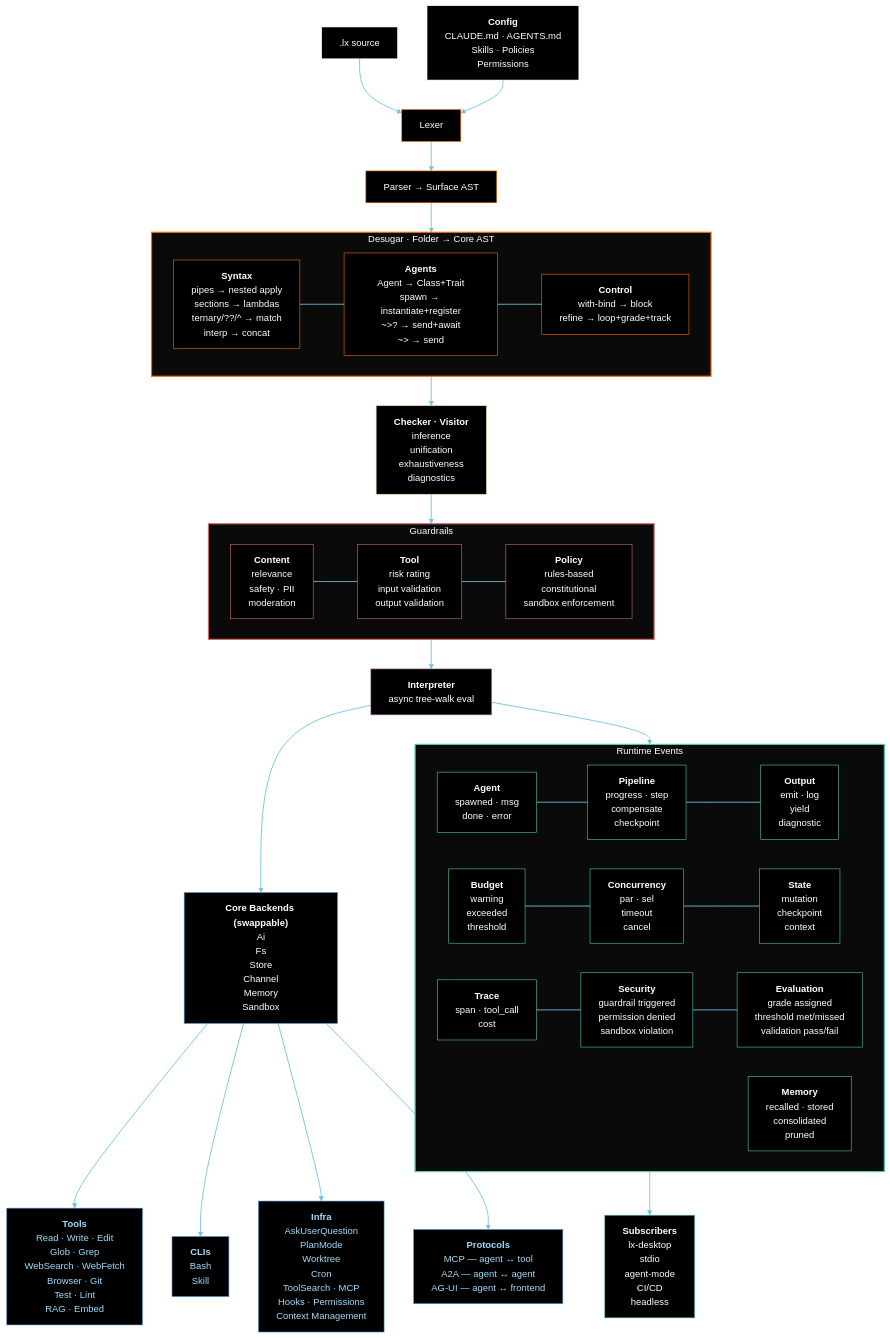
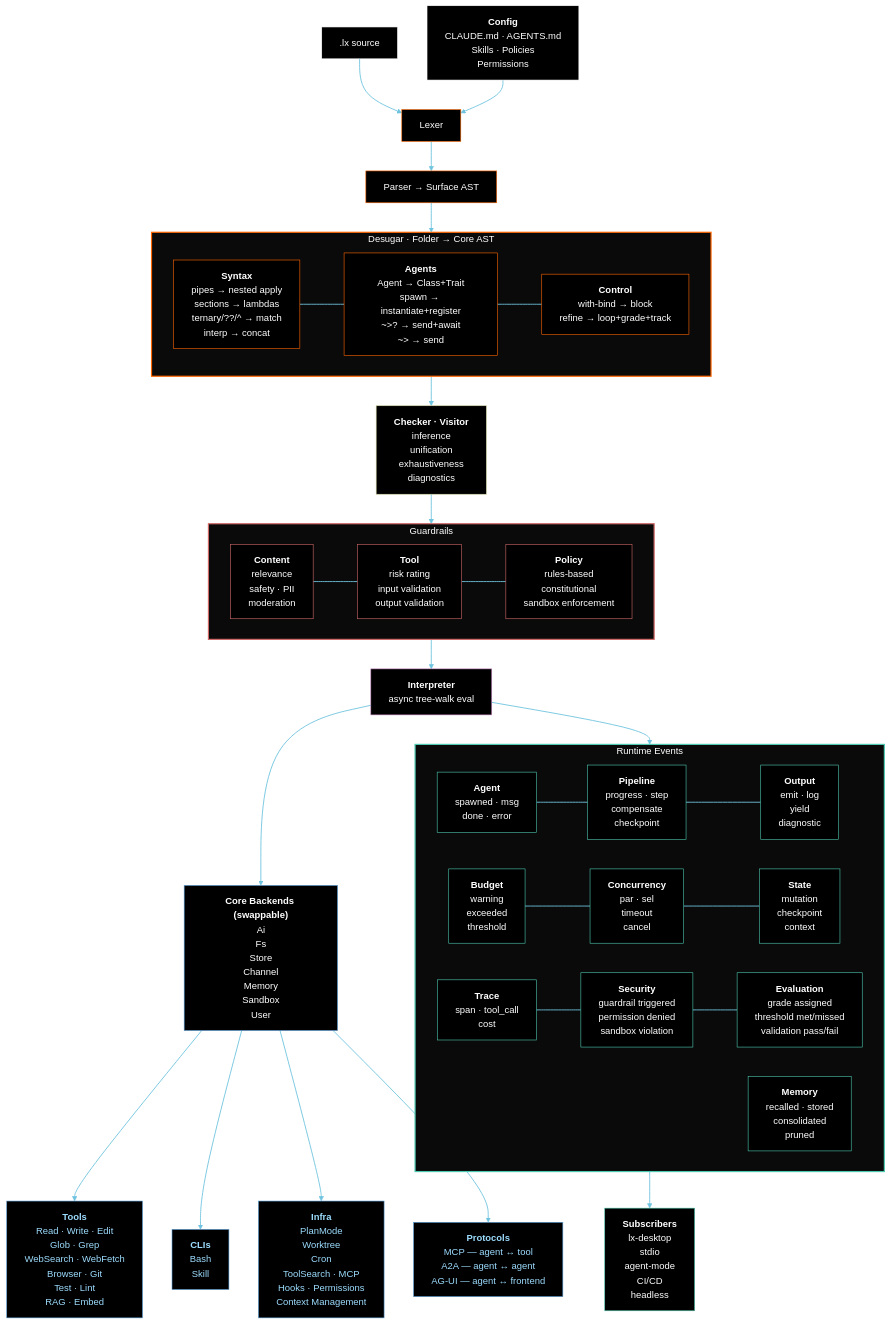
Before and after one commit to Distortedlogic/lx: the diagram in DIAGRAM.mmd, drawn with Mermaid. The commit also changed 26 other files, not shown here.

Commit message:
Update Cargo.toml, DIAGRAM.mmd, DIAGRAM.png, and 24 more files

```diff
--- a/DIAGRAM.mmd
+++ b/DIAGRAM.mmd
@@ -1,155 +1,155 @@
 graph TD
     source[".lx source"]:::white
     config["`**Config**
 CLAUDE.md · AGENTS.md
 Skills · Policies
 Permissions`"]:::white
     source --> lexer["Lexer"]:::orange
     config --> lexer
     lexer --> parser["Parser → Surface AST"]:::orange
     parser --> desugars
 
     subgraph desugars ["Desugar · Folder → Core AST"]
         direction LR
         ds_syntax["`**Syntax**
 pipes → nested apply
 sections → lambdas
 ternary/??/^ → match
 interp → concat`"]:::orange
         ds_agents["`**Agents**
 Agent → Class+Trait
 spawn → instantiate+register
 ~>? → send+await
 ~> → send`"]:::orange
         ds_control["`**Control**
 with-bind → block
 refine → loop+grade+track`"]:::orange
         ds_syntax ~~~ ds_agents ~~~ ds_control
     end
 
     desugars --> checker["`**Checker · Visitor**
 inference
 unification
 exhaustiveness
 diagnostics`"]:::yellow
     checker --> guardrails
 
     subgraph guardrails ["Guardrails"]
         direction LR
         gr_content["`**Content**
 relevance
 safety · PII
 moderation`"]:::red
         gr_tool["`**Tool**
 risk rating
 input validation
 output validation`"]:::red
         gr_policy["`**Policy**
 rules-based
 constitutional
 sandbox enforcement`"]:::red
         gr_content ~~~ gr_tool ~~~ gr_policy
     end
 
     guardrails --> interpreter["`**Interpreter**
 async tree-walk eval`"]:::purple
 
     interpreter --> backends["`**Core Backends (swappable)**
 Ai
 Fs
 Store
 Channel
 Memory
-Sandbox`"]:::blue
+Sandbox
+User`"]:::blue
     interpreter --> events
 
     subgraph events ["Runtime Events"]
         direction LR
         evt_agent["`**Agent**
 spawned · msg
 done · error`"]:::teal
         evt_pipeline["`**Pipeline**
 progress · step
 compensate
 checkpoint`"]:::teal
         evt_output["`**Output**
 emit · log
 yield
 diagnostic`"]:::teal
         evt_budget["`**Budget**
 warning
 exceeded
 threshold`"]:::teal
         evt_concurrency["`**Concurrency**
 par · sel
 timeout
 cancel`"]:::teal
         evt_state["`**State**
 mutation
 checkpoint
 context`"]:::teal
         evt_trace["`**Trace**
 span · tool_call
 cost`"]:::teal
         evt_security["`**Security**
 guardrail triggered
 permission denied
 sandbox violation`"]:::teal
         evt_eval["`**Evaluation**
 grade assigned
 threshold met/missed
 validation pass/fail`"]:::teal
         evt_memory["`**Memory**
 recalled · stored
 consolidated
 pruned`"]:::teal
         evt_agent ~~~ evt_pipeline ~~~ evt_output
         evt_budget ~~~ evt_concurrency ~~~ evt_state
         evt_trace ~~~ evt_security ~~~ evt_eval
     end
 
     backends --> tools["`**Tools**
 Read · Write · Edit
 Glob · Grep
 WebSearch · WebFetch
 Browser · Git
 Test · Lint
 RAG · Embed`"]:::bluelight
     backends --> clis["`**CLIs**
 Bash
 Skill`"]:::bluelight
     backends --> infra["`**Infra**
-AskUserQuestion
 PlanMode
 Worktree
 Cron
 ToolSearch · MCP
 Hooks · Permissions
 Context Management`"]:::bluelight
 
     backends --> protocols["`**Protocols**
 MCP — agent ↔ tool
 A2A — agent ↔ agent
 AG-UI — agent ↔ frontend`"]:::bluelight
 
     events --> subs["`**Subscribers**
 lx-desktop
 stdio
 agent-mode
 CI/CD
 headless`"]:::teal
 
     classDef white fill:#000,stroke:#fff,color:#fff
     classDef orange fill:#000,stroke:#ff6600,color:#fff
     classDef yellow fill:#000,stroke:#dcdcaa,color:#fff
     classDef red fill:#000,stroke:#d16969,color:#fff
     classDef purple fill:#000,stroke:#c586c0,color:#fff
     classDef blue fill:#000,stroke:#569cd6,color:#fff
     classDef bluelight fill:#000,stroke:#569cd6,color:#9cdcfe
     classDef teal fill:#000,stroke:#4ec9b0,color:#fff
 
     style desugars fill:#0a0a0a,stroke:#ff6600,color:#fff,stroke-width:2px
     style guardrails fill:#0a0a0a,stroke:#d16969,color:#fff,stroke-width:2px
     style events fill:#0a0a0a,stroke:#4ec9b0,color:#fff,stroke-width:2px
 
     linkStyle default stroke:#6fc3df,stroke-width:1.5px
```
